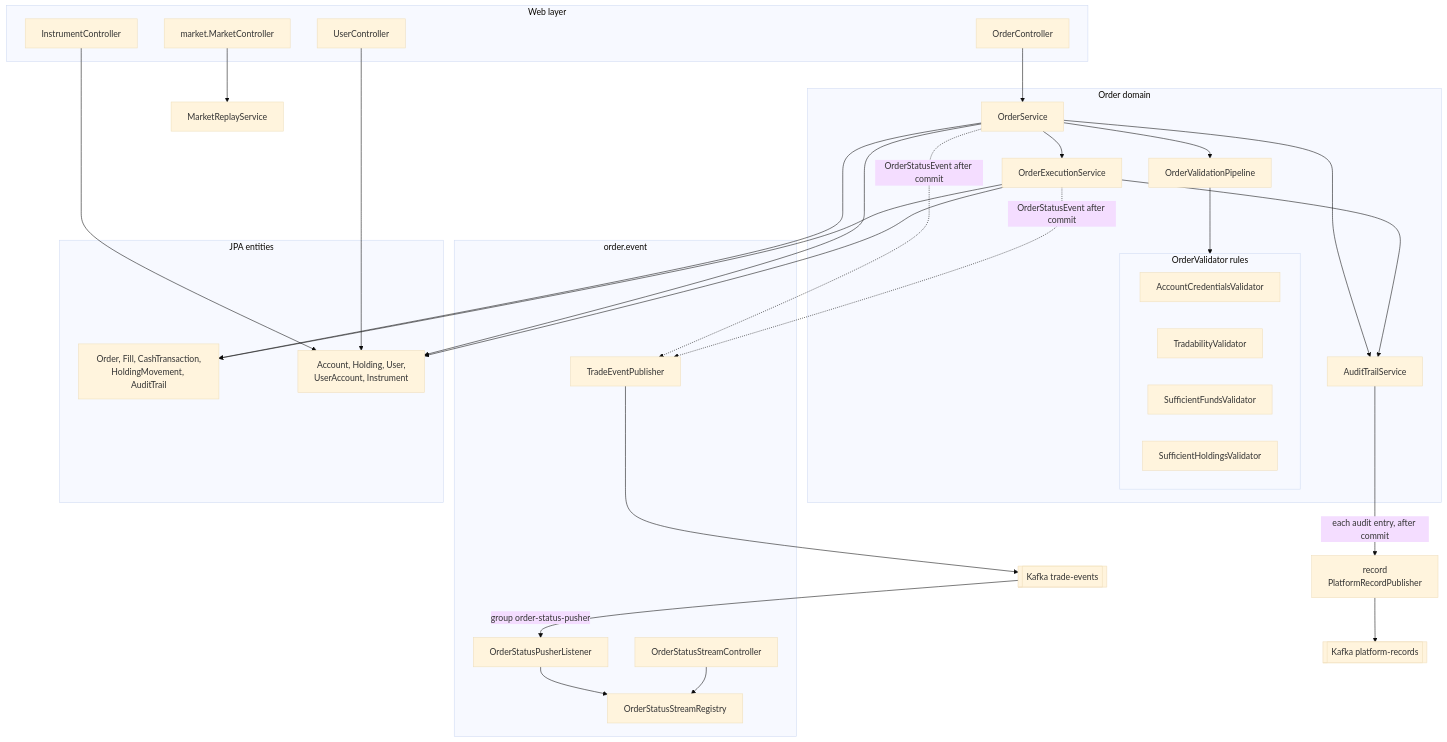
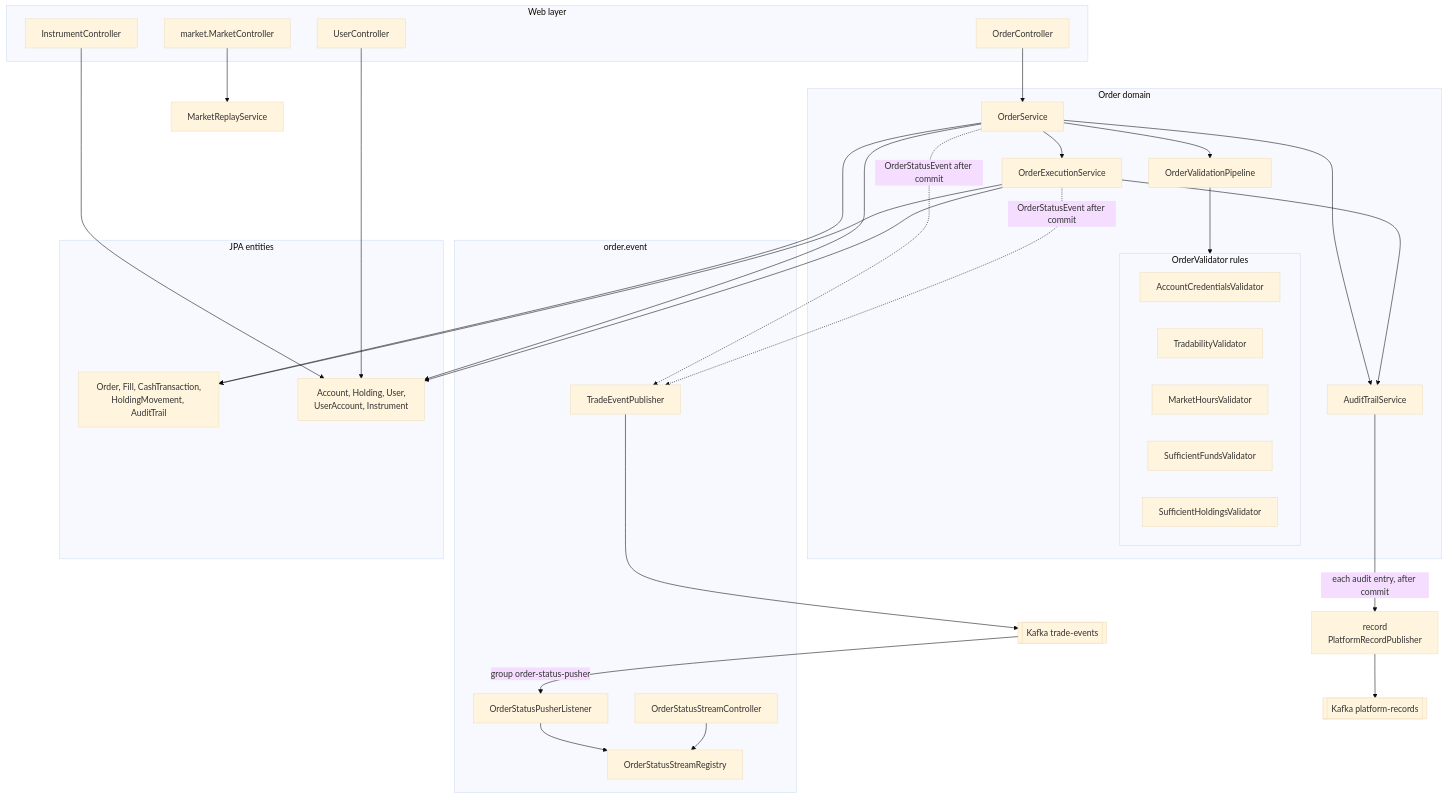
One commit to seankcheema/trading-season changed the first of 3 diagrams in apps/order-and-sell-service/README.md. Above: the diagram before and after it, drawn with Mermaid (base theme). The commit also changed other lines of this file and 256 other files, not shown here.

First line of the commit message:
docs: describe market hours, audit quote references and paged history, regenerate Order and Sell Javadocs

````diff
--- a/apps/order-and-sell-service/README.md
+++ b/apps/order-and-sell-service/README.md
@@ -35,54 +35,55 @@
 ```mermaid
 flowchart TB
     subgraph Web["Web layer"]
         OC[OrderController]
         IC[InstrumentController]
         UC[UserController]
         MC[market.MarketController]
     end
     subgraph Domain["Order domain"]
         OS[OrderService]
         VP[OrderValidationPipeline]
         subgraph Rules["OrderValidator rules"]
             V1[AccountCredentialsValidator]
             V2[TradabilityValidator]
-            V3[SufficientFundsValidator]
-            V4[SufficientHoldingsValidator]
+            V3[MarketHoursValidator]
+            V4[SufficientFundsValidator]
+            V5[SufficientHoldingsValidator]
         end
         OE[OrderExecutionService]
         AT[AuditTrailService]
     end
     subgraph Events["order.event"]
         TP[TradeEventPublisher]
         PL[OrderStatusPusherListener]
         SR[OrderStatusStreamRegistry]
         SC[OrderStatusStreamController]
     end
     PR["record<br/>PlatformRecordPublisher"]
     K[["Kafka trade-events"]]
     R[["Kafka platform-records"]]
     AT -- "each audit entry, after commit" --> PR --> R
     subgraph Data["JPA entities"]
         E1["Order, Fill, CashTransaction,<br/>HoldingMovement, AuditTrail"]
         E2["Account, Holding, User,<br/>UserAccount, Instrument"]
     end
     OC --> OS
     OS --> VP
     VP --> Rules
     OS --> OE
     OS --> AT
     OE --> AT
     OS --> E1
     OE --> E1
     OS --> E2
     OE --> E2
     IC --> E2
     UC --> E2
     MC --> MR[MarketReplayService]
     OS -. "OrderStatusEvent after commit" .-> TP
     OE -. "OrderStatusEvent after commit" .-> TP
     TP --> K
     K -- "group order-status-pusher" --> PL
     PL --> SR
     SC --> SR
 ```
````
